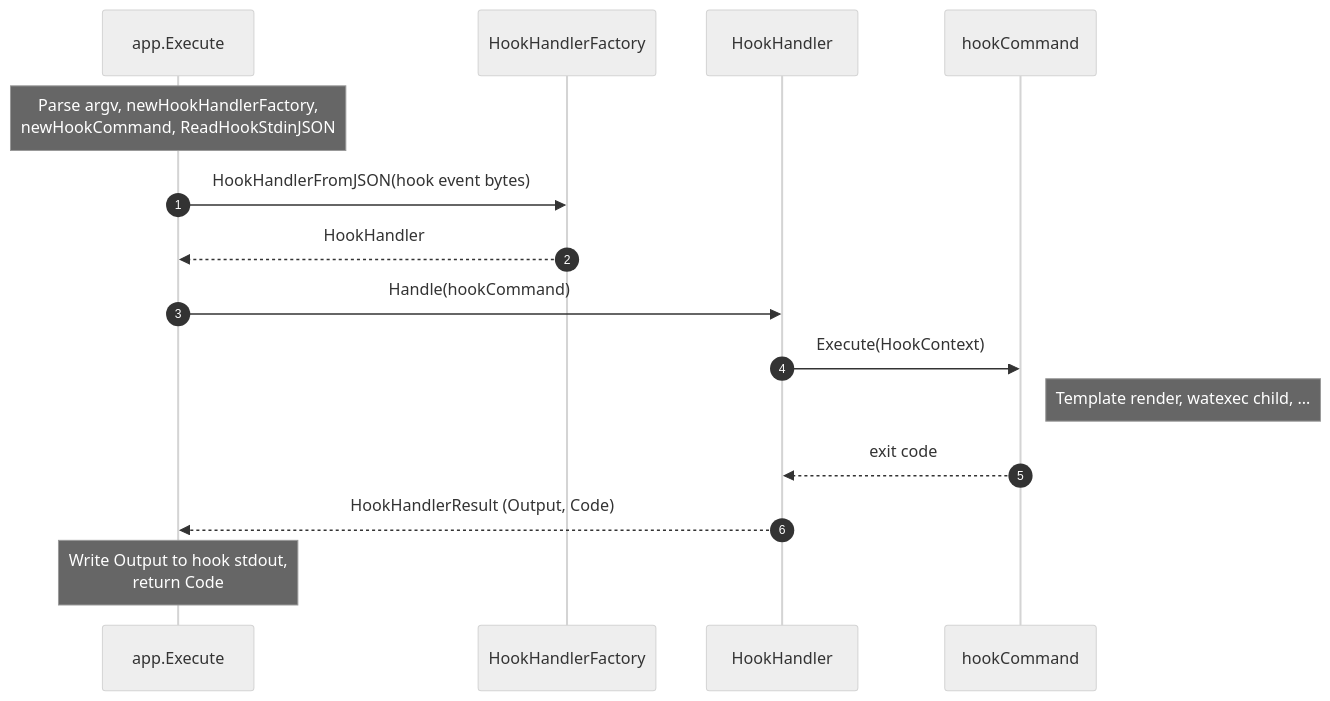
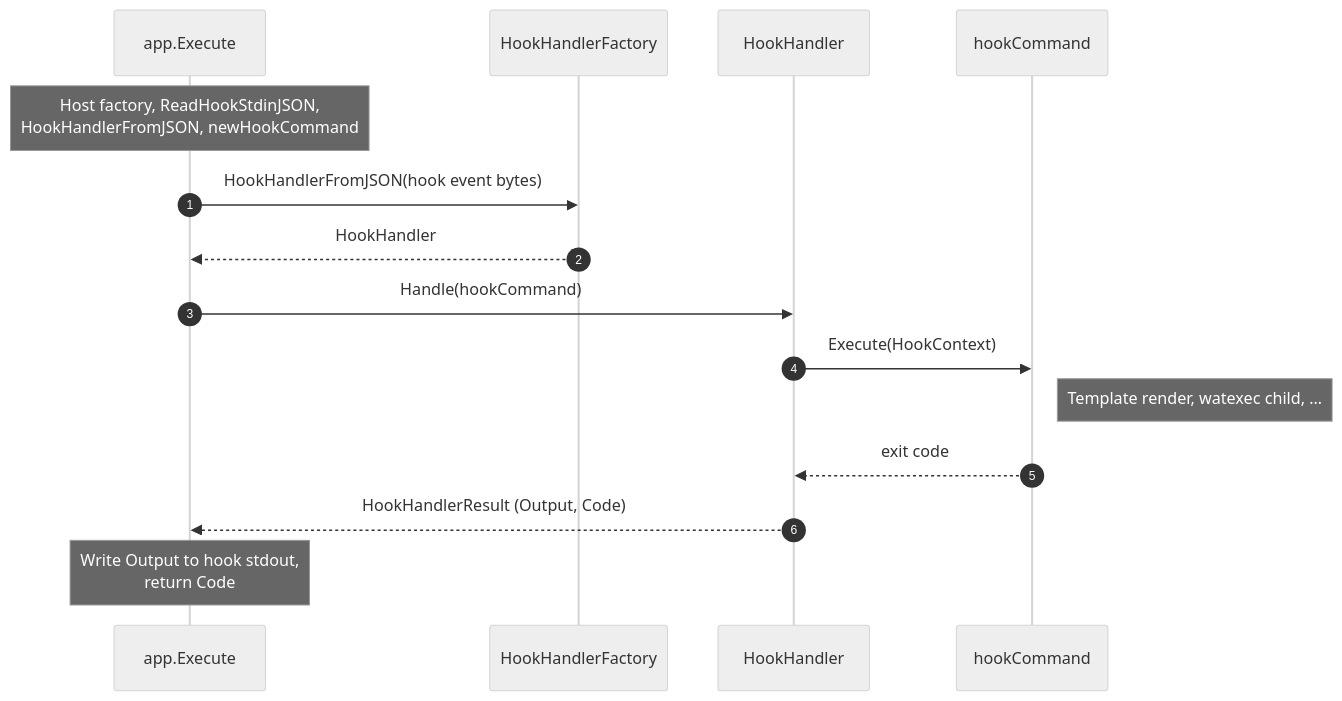
Before and after one commit to sviatsviatsviat/wat: the first of 3 diagrams in README.md, drawn with Mermaid (neutral theme). The commit also changed other lines of this file and 27 other files, not shown here.

First line of the commit message:
refactor: positional host argv and internal/run package

````diff
--- a/README.md
+++ b/README.md
@@ -210,18 +208,18 @@
 ```mermaid
 sequenceDiagram
   autonumber
   participant A as app.Execute
   participant F as HookHandlerFactory
   participant H as HookHandler
   participant C as hookCommand
 
-  Note over A: Parse argv, newHookHandlerFactory,<br/>newHookCommand, ReadHookStdinJSON
+  Note over A: Host factory, ReadHookStdinJSON,<br/>HookHandlerFromJSON, newHookCommand
   A->>F: HookHandlerFromJSON(hook event bytes)
   F-->>A: HookHandler
   A->>H: Handle(hookCommand)
   H->>C: Execute(HookContext)
   Note right of C: Template render, watexec child, …
   C-->>H: exit code
   H-->>A: HookHandlerResult (Output, Code)
   Note over A: Write Output to hook stdout,<br/>return Code
 ```
````
